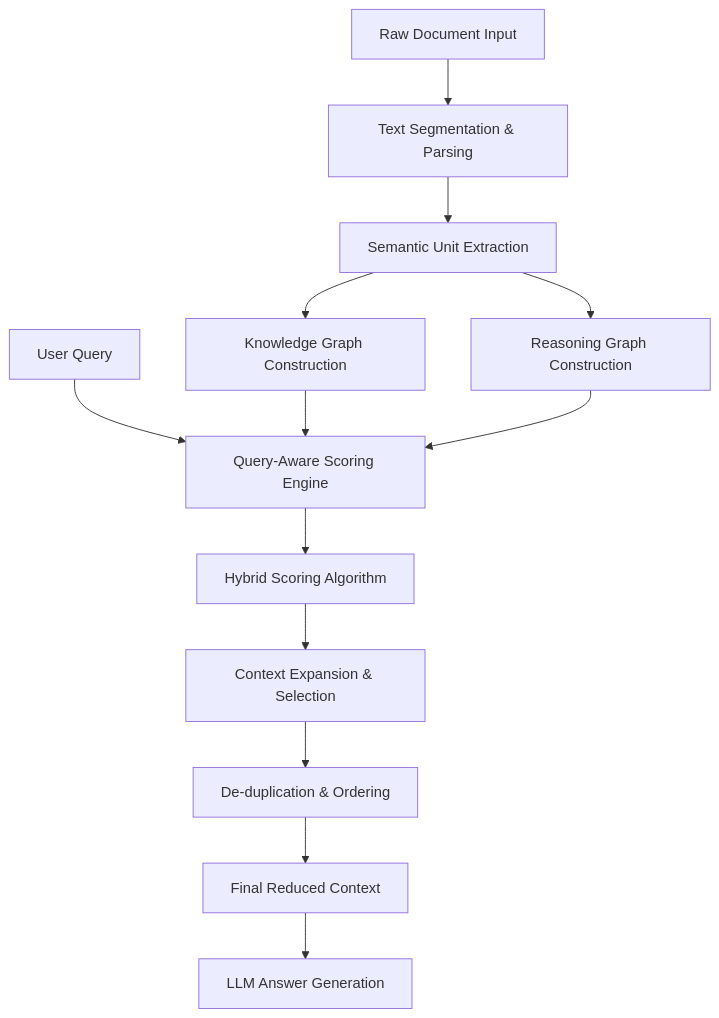
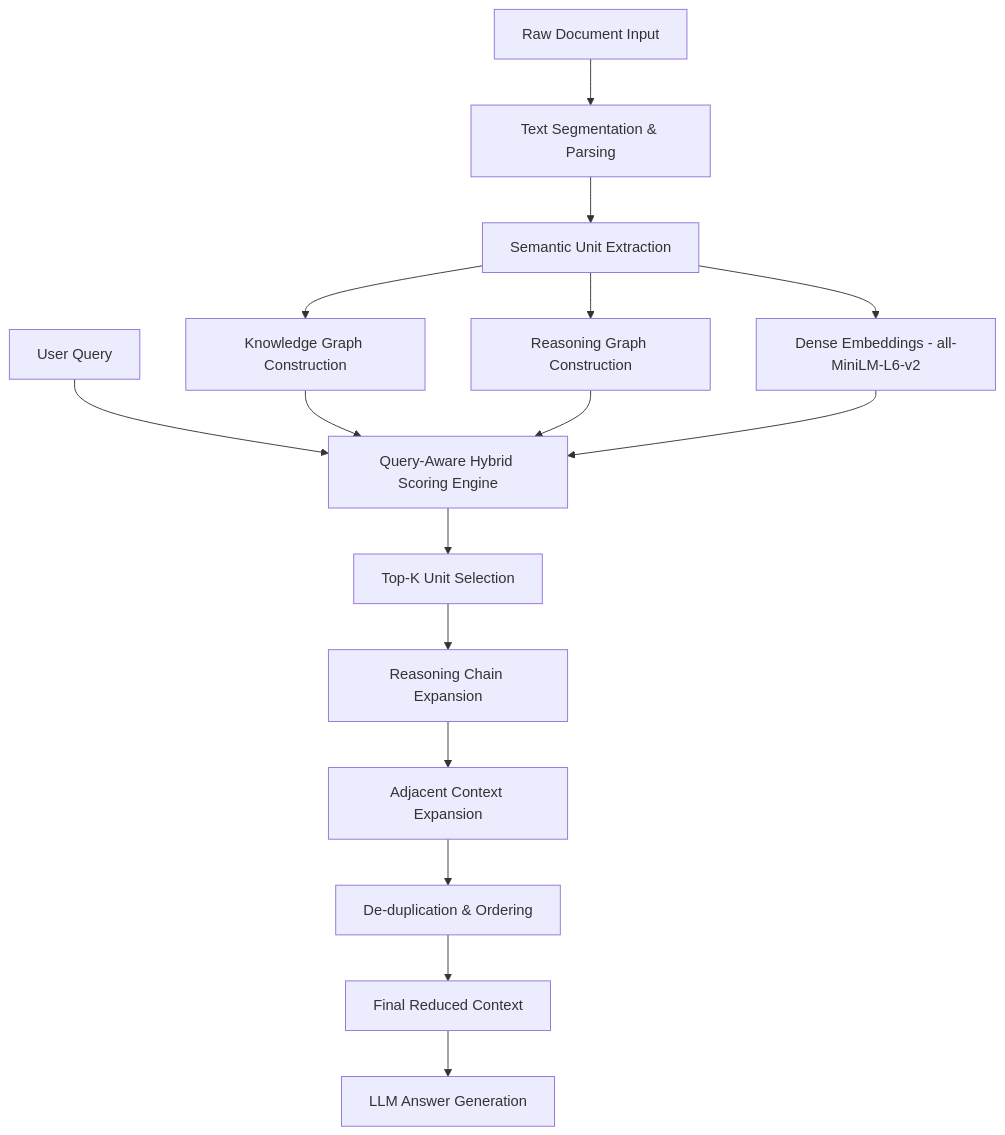
One commit to aparajithguha/Sentence_Level_Context_Reduction_Engine changed the diagram in README.md. Above: the diagram before and after it, drawn with Mermaid. The commit also changed other lines of this file, not shown here.

First line of the commit message:
fix: restore correct README with benchmark results, updated disclaimer, and full architecture docs

````diff
--- a/README.md
+++ b/README.md
@@ -34,30 +34,31 @@
 ```mermaid
 graph TB
     A[Raw Document Input]
     B[Text Segmentation & Parsing]
     C[Semantic Unit Extraction]
     D[Knowledge Graph Construction]
     E[Reasoning Graph Construction]
-    F[User Query]
-    G[Query-Aware Scoring Engine]
-    H[Hybrid Scoring Algorithm]
-    I[Context Expansion & Selection]
-    J[De-duplication & Ordering]
-    K[Final Reduced Context]
-    L[LLM Answer Generation]
-    
-    A --> B
-    B --> C
+    F[Dense Embeddings - all-MiniLM-L6-v2]
+    G[User Query]
+    H[Query-Aware Hybrid Scoring Engine]
+    I[Top-K Unit Selection]
+    J[Reasoning Chain Expansion]
+    K[Adjacent Context Expansion]
+    L[De-duplication & Ordering]
+    M[Final Reduced Context]
+    N[LLM Answer Generation]
+
+    A --> B --> C
     C --> D
     C --> E
-    F --> G
-    D --> G
-    E --> G
+    C --> F
     G --> H
+    D --> H
+    E --> H
+    F --> H
     H --> I
     I --> J
     J --> K
     K --> L
-    
-    
+    L --> M --> N
 ```
````
